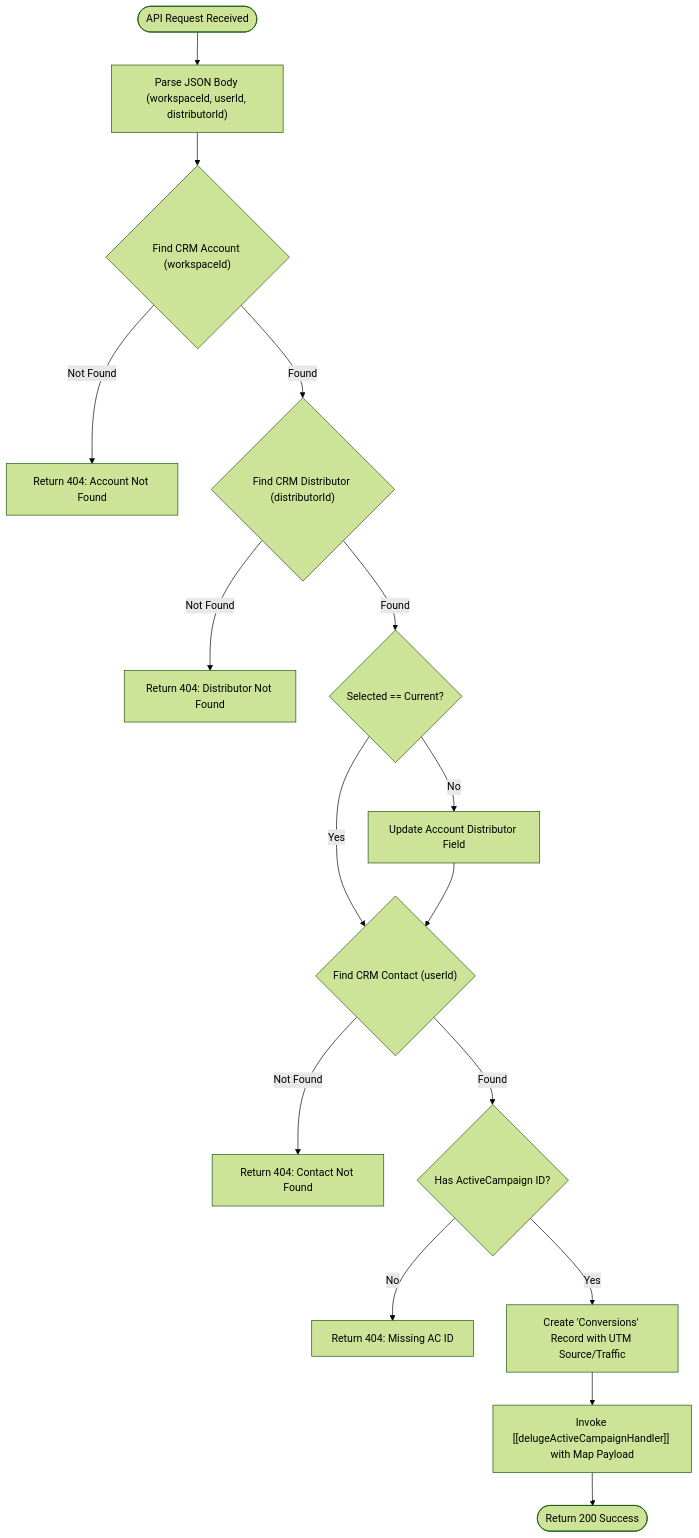
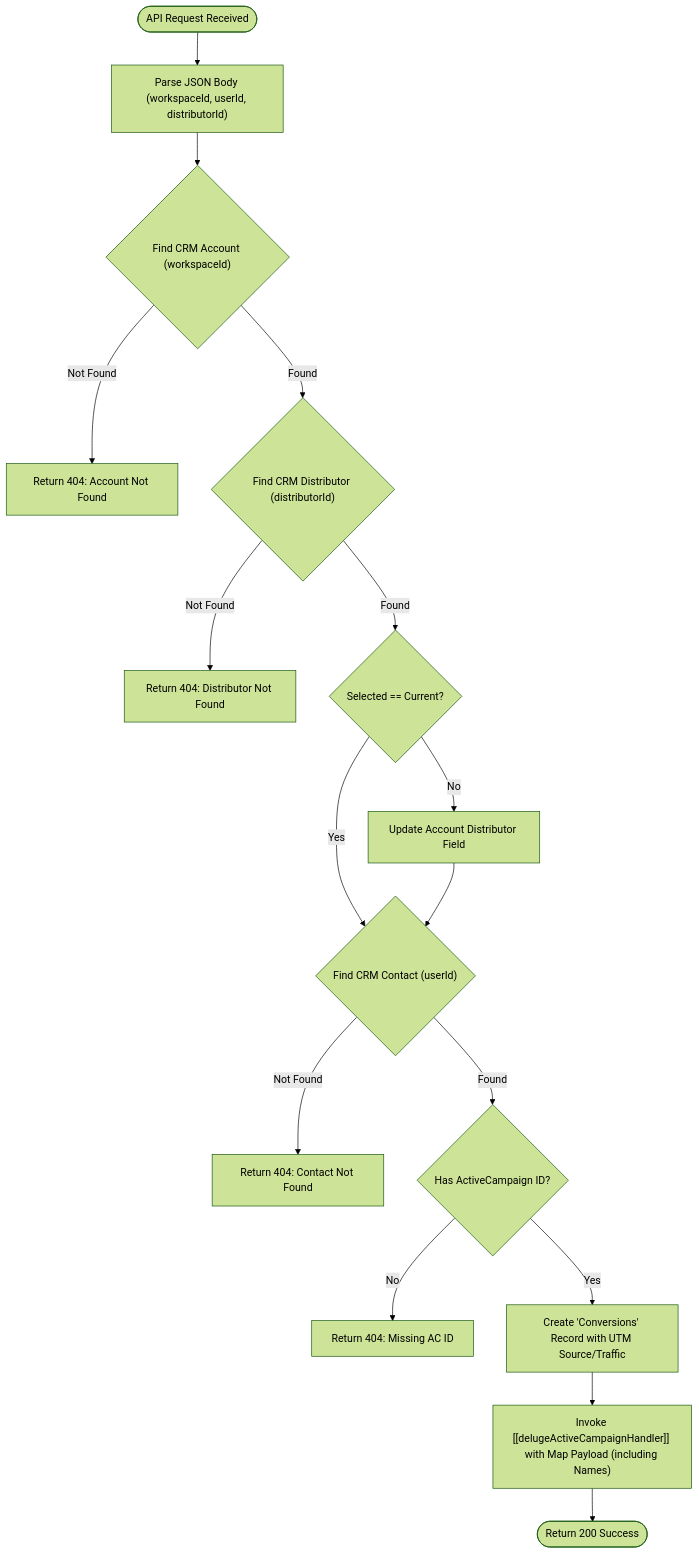
The diagram in Acquisition and Onboarding/Lead Generation/Mobile App/Mobile App Request a Quote/delugeMobileAppRequestAQuote.md (martinkp93/zoho-scripts), drawn with Mermaid (forest theme) before and after one commit. The commit also changed other lines of this file, not shown here.

Commit message:
Update delugeMobileAppRequestAQuote.md docs via DeluluDocu

````diff
--- a/Acquisition and Onboarding/Lead Generation/Mobile App/Mobile App Request a Quote/delugeMobileAppRequestAQuote.md
+++ b/Acquisition and Onboarding/Lead Generation/Mobile App/Mobile App Request a Quote/delugeMobileAppRequestAQuote.md
@@ -33,18 +33,18 @@
 ```mermaid
 graph TD
     Start(["API Request Received"]) --> Parse["Parse JSON Body (workspaceId, userId, distributorId)"]
     Parse --> FindAcc{"Find CRM Account (workspaceId)"}
     FindAcc -- "Not Found" --> Err404_1["Return 404: Account Not Found"]
     FindAcc -- "Found" --> FindDist{"Find CRM Distributor (distributorId)"}
     FindDist -- "Not Found" --> Err404_2["Return 404: Distributor Not Found"]
     FindDist -- "Found" --> CompDist{"Selected == Current?"}
     CompDist -- "No" --> UpdateAcc["Update Account Distributor Field"]
     CompDist -- "Yes" --> FindCont{"Find CRM Contact (userId)"}
     UpdateAcc --> FindCont
     FindCont -- "Not Found" --> Err404_3["Return 404: Contact Not Found"]
     FindCont -- "Found" --> CheckAC{"Has ActiveCampaign ID?"}
     CheckAC -- "No" --> Err404_4["Return 404: Missing AC ID"]
     CheckAC -- "Yes" --> CreateConv["Create 'Conversions' Record with UTM Source/Traffic"]
-    CreateConv --> CallAC["Invoke [[delugeActiveCampaignHandler]] with Map Payload"]
+    CreateConv --> CallAC["Invoke [[delugeActiveCampaignHandler]] with Map Payload (including Names)"]
     CallAC --> Success(["Return 200 Success"])
 ```
````
